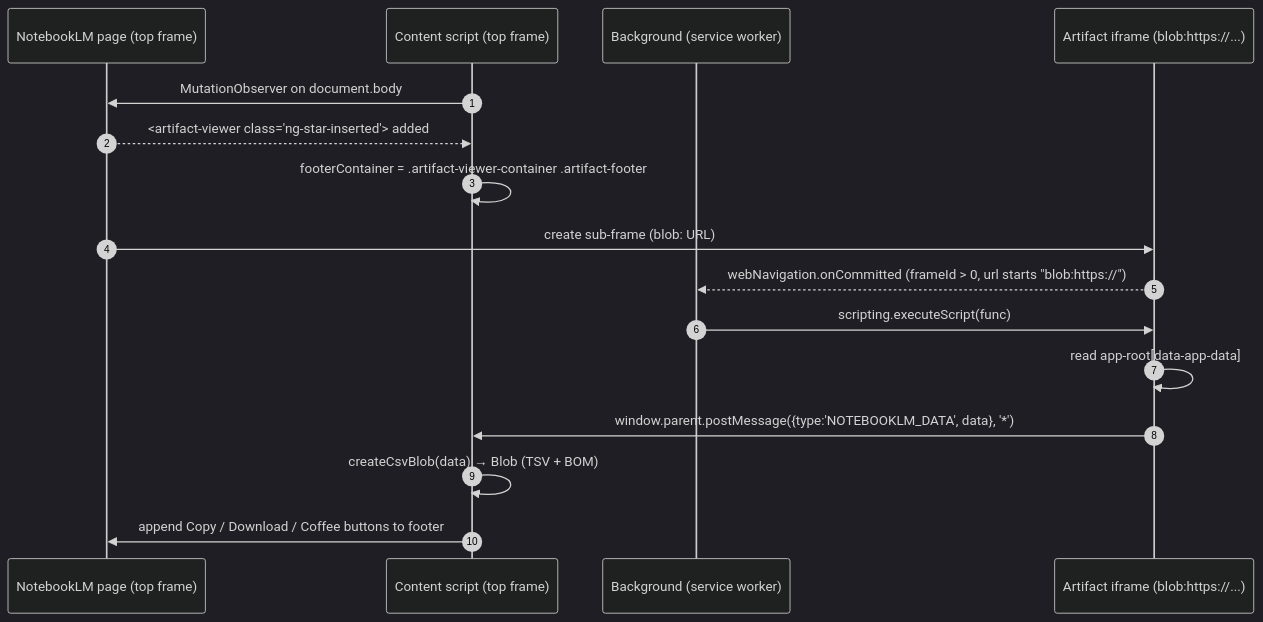
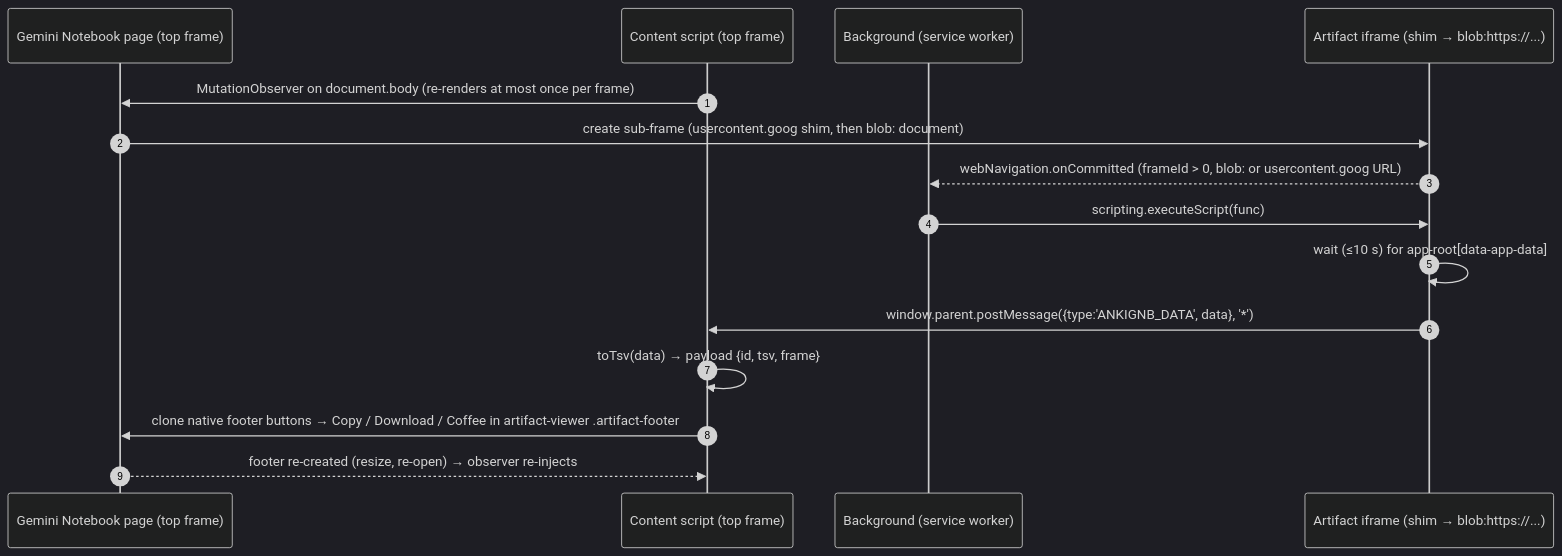
One commit to enesatesim/ankignb changed the diagram in docs/architecture.md. Above: the diagram before and after it, drawn with Mermaid (dark theme). The commit also changed other lines of this file and 26 other files, not shown here.

````diff
--- a/docs/architecture.md
+++ b/docs/architecture.md
@@ -26,19 +26,18 @@
 ```mermaid
 sequenceDiagram
     autonumber
-    participant NLM as NotebookLM page (top frame)
+    participant GN as Gemini Notebook page (top frame)
     participant CS as Content script (top frame)
     participant BG as Background (service worker)
-    participant IF as Artifact iframe (blob:https://...)
+    participant IF as Artifact iframe (shim → blob:https://...)
 
-    CS->>NLM: MutationObserver on document.body
-    NLM-->>CS: <artifact-viewer class="ng-star-inserted"> added
-    CS->>CS: footerContainer = .artifact-viewer-container .artifact-footer
-    NLM->>IF: create sub-frame (blob: URL)
-    IF-->>BG: webNavigation.onCommitted (frameId > 0, url starts "blob:https://")
+    CS->>GN: MutationObserver on document.body (re-renders at most once per frame)
+    GN->>IF: create sub-frame (usercontent.goog shim, then blob: document)
+    IF-->>BG: webNavigation.onCommitted (frameId > 0, blob: or usercontent.goog URL)
     BG->>IF: scripting.executeScript(func)
-    IF->>IF: read app-root[data-app-data]
-    IF->>CS: window.parent.postMessage({type:'NOTEBOOKLM_DATA', data}, '*')
-    CS->>CS: createCsvBlob(data) → Blob (TSV + BOM)
-    CS->>NLM: append Copy / Download / Coffee buttons to footer
+    IF->>IF: wait (≤10 s) for app-root[data-app-data]
+    IF->>CS: window.parent.postMessage({type:'ANKIGNB_DATA', data}, '*')
+    CS->>CS: toTsv(data) → payload {id, tsv, frame}
+    CS->>GN: clone native footer buttons → Copy / Download / Coffee in artifact-viewer .artifact-footer
+    GN-->>CS: footer re-created (resize, re-open) → observer re-injects
 ```
````
